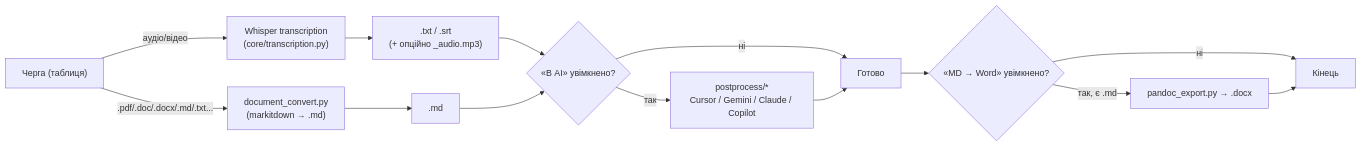
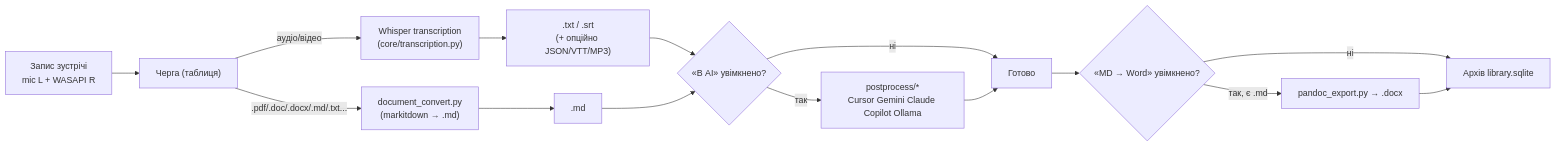
The diagram in docs/ARCHITECTURE.uk.md (magnusua/WhisperFastGUI), drawn with Mermaid before and after one commit. The commit also changed other lines of this file and 64 other files, not shown here.

````diff
--- a/docs/ARCHITECTURE.uk.md
+++ b/docs/ARCHITECTURE.uk.md
@@ -15,16 +17,17 @@
 ```mermaid
 flowchart LR
+    Rec["Запис зустрічі\nmic L + WASAPI R"] --> A
     A["Черга (таблиця)"] -->|аудіо/відео| B["Whisper transcription\n(core/transcription.py)"]
     A -->|.pdf/.doc/.docx/.md/.txt...| C["document_convert.py\n(markitdown → .md)"]
-    B --> D[".txt / .srt\n(+ опційно _audio.mp3)"]
+    B --> D[".txt / .srt\n(+ опційно JSON/VTT/MP3)"]
     C --> E[".md"]
     D --> F{"«В AI» увімкнено?"}
     E --> F
-    F -->|так| G["postprocess/*\nCursor / Gemini / Claude / Copilot"]
+    F -->|так| G["postprocess/*\nCursor Gemini Claude Copilot Ollama"]
     F -->|ні| H["Готово"]
     G --> H
     H --> I{"«MD → Word» увімкнено?"}
     I -->|так, є .md| J["pandoc_export.py → .docx"]
-    I -->|ні| K["Кінець"]
+    I -->|ні| K["Архів library.sqlite"]
     J --> K
 ```
````
